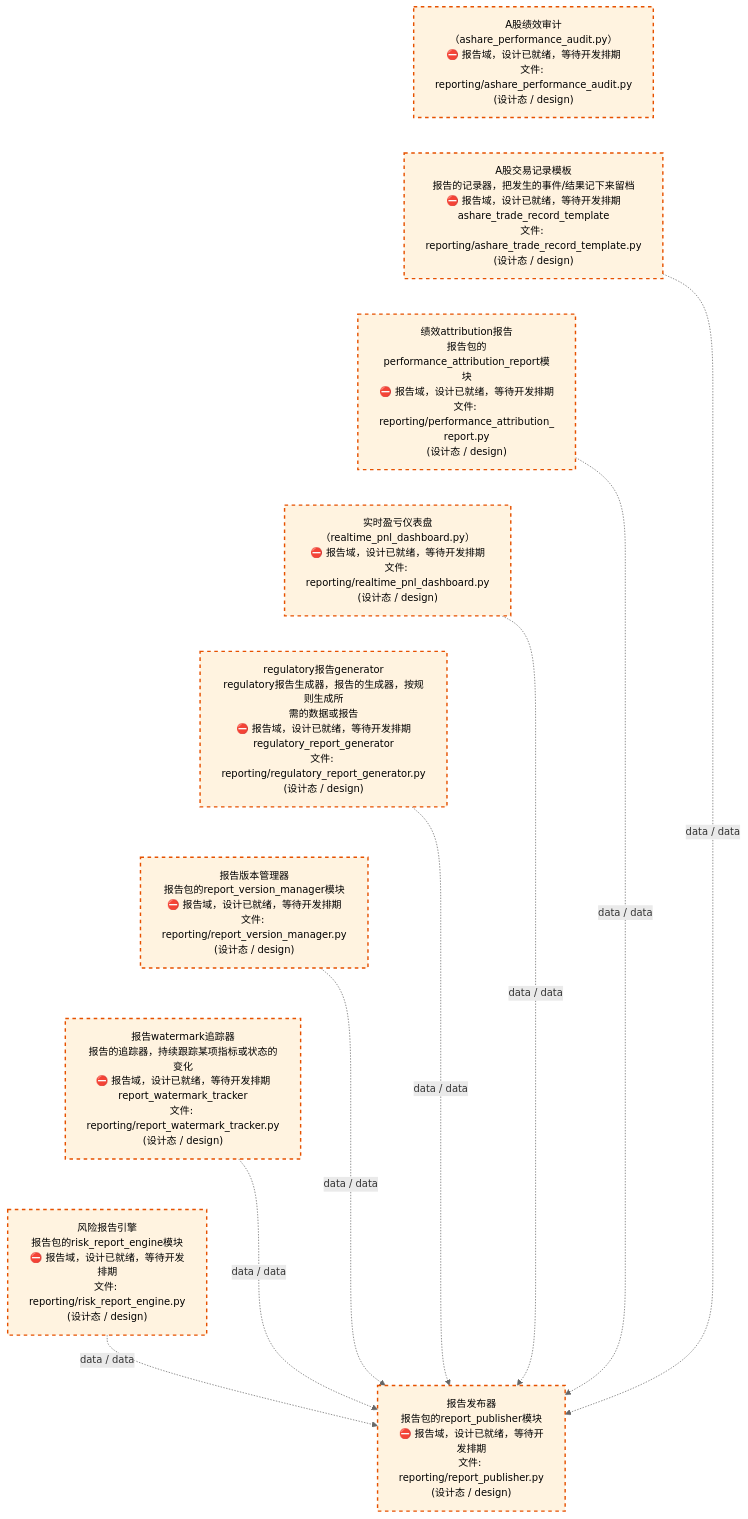
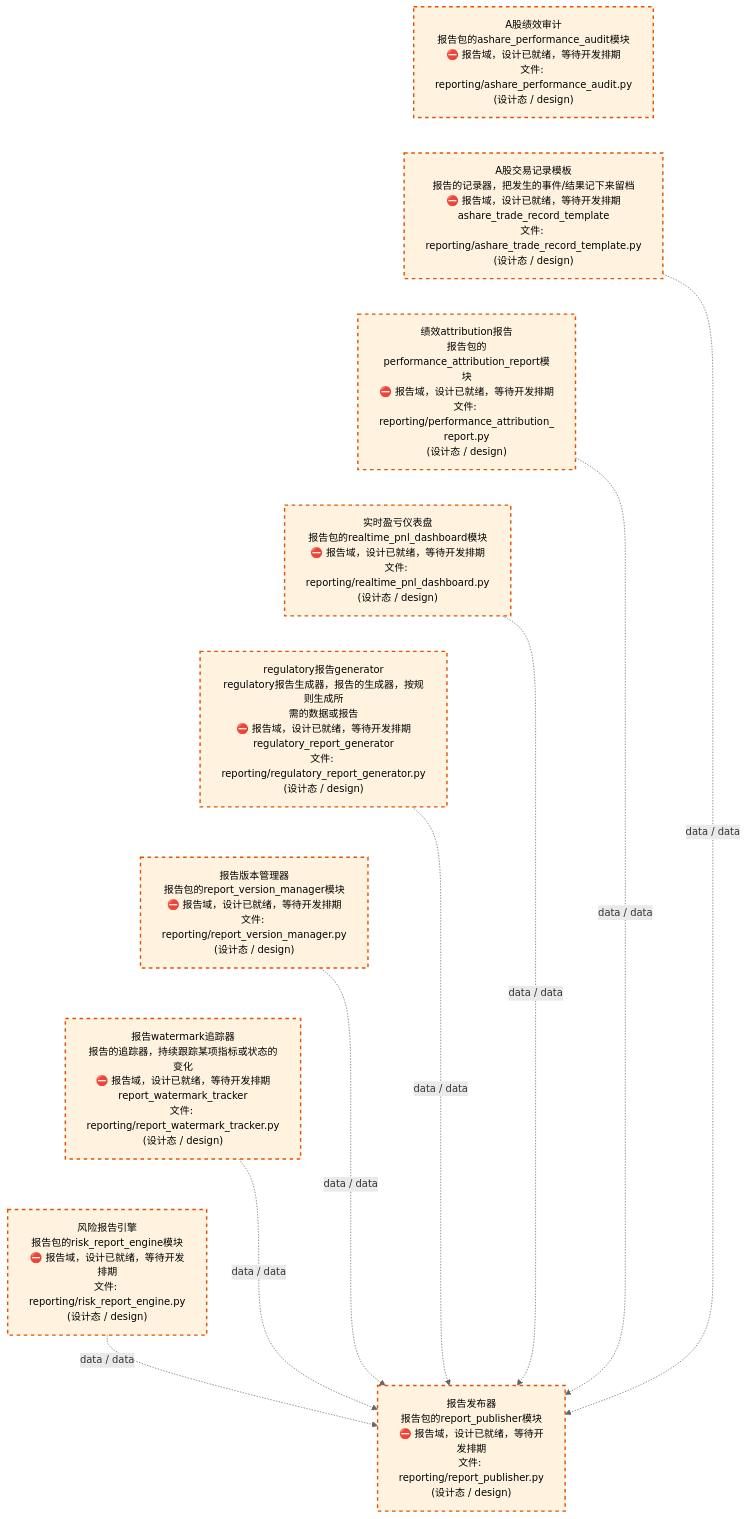
One commit to xuanFelixVan/ZephyrAlpha changed the third of 4 diagrams in docs/02_enterprise_architecture/02_domain_architecture_docs/26_d_reporting.md. Above: the diagram before and after it, drawn with Mermaid. The commit also changed other lines of this file and 15 other files, not shown here.

````diff
--- a/docs/02_enterprise_architecture/02_domain_architecture_docs/26_d_reporting.md
+++ b/docs/02_enterprise_architecture/02_domain_architecture_docs/26_d_reporting.md
@@ -137,32 +137,32 @@
 ```mermaid
 %%{init: {'theme': 'base', 'themeVariables': {'primaryColor': '#eaeaea', 'primaryTextColor': '#333333', 'primaryBorderColor': '#666666', 'lineColor': '#666666', 'secondaryColor': '#eaeaea', 'tertiaryColor': '#eaeaea', 'fontSize': '14px'}}}%%
 flowchart TD
-    src_zephyr_reporting_ashare_performance_audit_py["A股绩效审计<br/>（ashare_performance_audit.py）<br/>⛔ 报告域，设计已就绪，等待开发排期<br/>文件: reporting/ashare_performance_audit.py<br/>(设计态 / design)"]
+    src_zephyr_reporting_ashare_performance_audit_py["A股绩效审计<br/>报告包的ashare_performance_audit模块<br/>⛔ 报告域，设计已就绪，等待开发排期<br/>文件: reporting/ashare_performance_audit.py<br/>(设计态 / design)"]
     src_zephyr_reporting_ashare_trade_record_template_py["A股交易记录模板<br/>报告的记录器，把发生的事件/结果记下来留档<br/>⛔ 报告域，设计已就绪，等待开发排期<br/>ashare_trade_record_template<br/>文件: reporting/ashare_trade_record_template.py<br/>(设计态 / design)"]
     src_zephyr_reporting_performance_attribution_report_py["绩效attribution报告<br/>报告包的performance_attribution_report模块<br/>⛔ 报告域，设计已就绪，等待开发排期<br/>文件: reporting/performance_attribution_<br/>report.py<br/>(设计态 / design)"]
-    src_zephyr_reporting_realtime_pnl_dashboard_py["实时盈亏仪表盘<br/>（realtime_pnl_dashboard.py）<br/>⛔ 报告域，设计已就绪，等待开发排期<br/>文件: reporting/realtime_pnl_dashboard.py<br/>(设计态 / design)"]
+    src_zephyr_reporting_realtime_pnl_dashboard_py["实时盈亏仪表盘<br/>报告包的realtime_pnl_dashboard模块<br/>⛔ 报告域，设计已就绪，等待开发排期<br/>文件: reporting/realtime_pnl_dashboard.py<br/>(设计态 / design)"]
     src_zephyr_reporting_regulatory_report_generator_py["regulatory报告generator<br/>regulatory报告生成器，报告的生成器，按规则生成所<br/>需的数据或报告<br/>⛔ 报告域，设计已就绪，等待开发排期<br/>regulatory_report_generator<br/>文件: reporting/regulatory_report_generator.py<br/>(设计态 / design)"]
     src_zephyr_reporting_report_version_manager_py["报告版本管理器<br/>报告包的report_version_manager模块<br/>⛔ 报告域，设计已就绪，等待开发排期<br/>文件: reporting/report_version_manager.py<br/>(设计态 / design)"]
     src_zephyr_reporting_report_watermark_tracker_py["报告watermark追踪器<br/>报告的追踪器，持续跟踪某项指标或状态的变化<br/>⛔ 报告域，设计已就绪，等待开发排期<br/>report_watermark_tracker<br/>文件: reporting/report_watermark_tracker.py<br/>(设计态 / design)"]
     src_zephyr_reporting_risk_report_engine_py["风险报告引擎<br/>报告包的risk_report_engine模块<br/>⛔ 报告域，设计已就绪，等待开发排期<br/>文件: reporting/risk_report_engine.py<br/>(设计态 / design)"]
     src_zephyr_reporting_ashare_performance_audit_py ~~~ src_zephyr_reporting_ashare_trade_record_template_py
     src_zephyr_reporting_ashare_trade_record_template_py ~~~ src_zephyr_reporting_performance_attribution_report_py
     src_zephyr_reporting_performance_attribution_report_py ~~~ src_zephyr_reporting_realtime_pnl_dashboard_py
     src_zephyr_reporting_realtime_pnl_dashboard_py ~~~ src_zephyr_reporting_regulatory_report_generator_py
     src_zephyr_reporting_regulatory_report_generator_py ~~~ src_zephyr_reporting_report_version_manager_py
     src_zephyr_reporting_report_version_manager_py ~~~ src_zephyr_reporting_report_watermark_tracker_py
     src_zephyr_reporting_report_watermark_tracker_py ~~~ src_zephyr_reporting_risk_report_engine_py
     src_zephyr_reporting_report_publisher_py["报告发布器<br/>报告包的report_publisher模块<br/>⛔ 报告域，设计已就绪，等待开发排期<br/>文件: reporting/report_publisher.py<br/>(设计态 / design)"]
     src_zephyr_reporting_ashare_trade_record_template_py -.->|data / data| src_zephyr_reporting_report_publisher_py
     src_zephyr_reporting_realtime_pnl_dashboard_py -.->|data / data| src_zephyr_reporting_report_publisher_py
     src_zephyr_reporting_regulatory_report_generator_py -.->|data / data| src_zephyr_reporting_report_publisher_py
     src_zephyr_reporting_risk_report_engine_py -.->|data / data| src_zephyr_reporting_report_publisher_py
     src_zephyr_reporting_report_version_manager_py -.->|data / data| src_zephyr_reporting_report_publisher_py
     src_zephyr_reporting_performance_attribution_report_py -.->|data / data| src_zephyr_reporting_report_publisher_py
     src_zephyr_reporting_report_watermark_tracker_py -.->|data / data| src_zephyr_reporting_report_publisher_py
     classDef production fill:#e1f5fe,stroke:#01579b,stroke-width:2px,color:#000
     classDef design fill:#fff3e0,stroke:#e65100,stroke-width:2px,color:#000,stroke-dasharray: 5 5
     classDef external_prod fill:#e8f4fd,stroke:#0277bd,stroke-width:1px,color:#000
     classDef external_design fill:#fff8e7,stroke:#ef6c00,stroke-width:1px,color:#000,stroke-dasharray: 5 5
     class src_zephyr_reporting_ashare_performance_audit_py,src_zephyr_reporting_ashare_trade_record_template_py,src_zephyr_reporting_performance_attribution_report_py,src_zephyr_reporting_realtime_pnl_dashboard_py,src_zephyr_reporting_regulatory_report_generator_py,src_zephyr_reporting_report_publisher_py,src_zephyr_reporting_report_version_manager_py,src_zephyr_reporting_report_watermark_tracker_py,src_zephyr_reporting_risk_report_engine_py design
 ```
````
